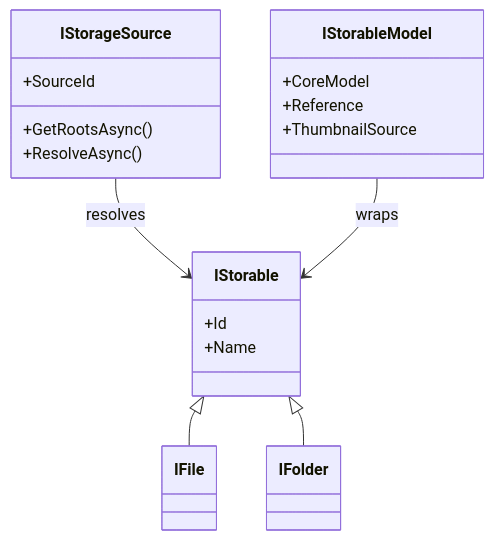
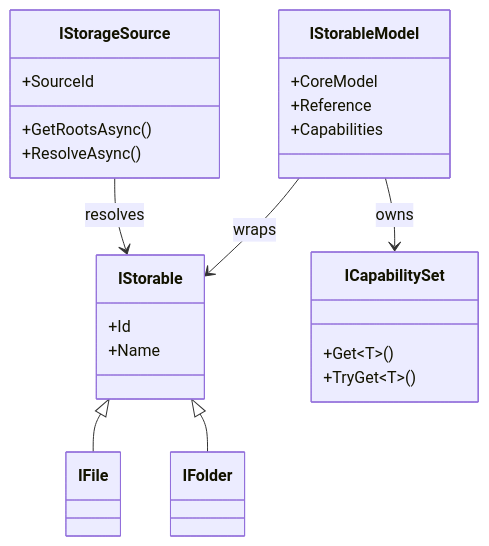
Before and after one commit to 0x5bfa/Files: the first of 3 diagrams in docs/architecture/storage-models.md, drawn with Mermaid. The commit also changed other lines of this file and 63 other files, not shown here.

````diff
--- a/docs/architecture/storage-models.md
+++ b/docs/architecture/storage-models.md
@@ -9,24 +9,29 @@
 ```mermaid
 classDiagram
     class IStorageSource {
         +SourceId
         +GetRootsAsync()
         +ResolveAsync()
     }
     class IStorable {
         +Id
         +Name
     }
     class IFile
     class IFolder
     class IStorableModel {
         +CoreModel
         +Reference
-        +ThumbnailSource
+        +Capabilities
+    }
+    class ICapabilitySet {
+        +Get~T~()
+        +TryGet~T~()
     }
 
     IStorable <|-- IFile
     IStorable <|-- IFolder
     IStorageSource --> IStorable : resolves
     IStorableModel --> IStorable : wraps
+    IStorableModel --> ICapabilitySet : owns
 ```
````
